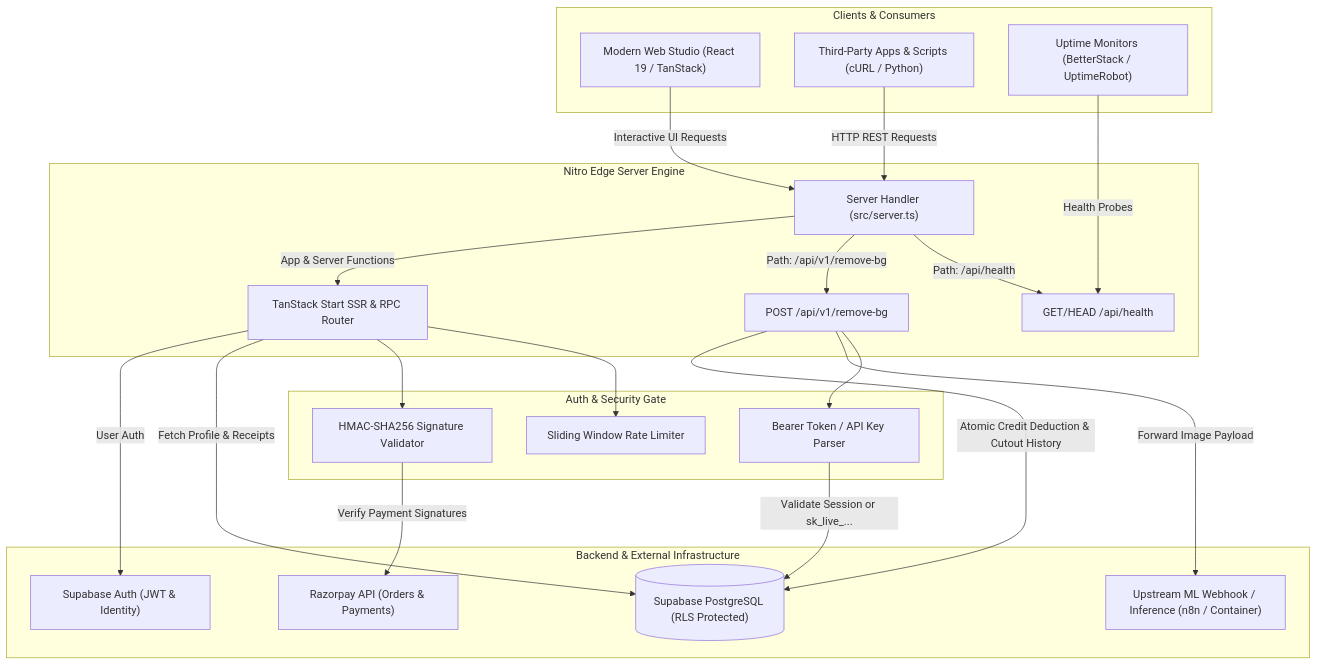
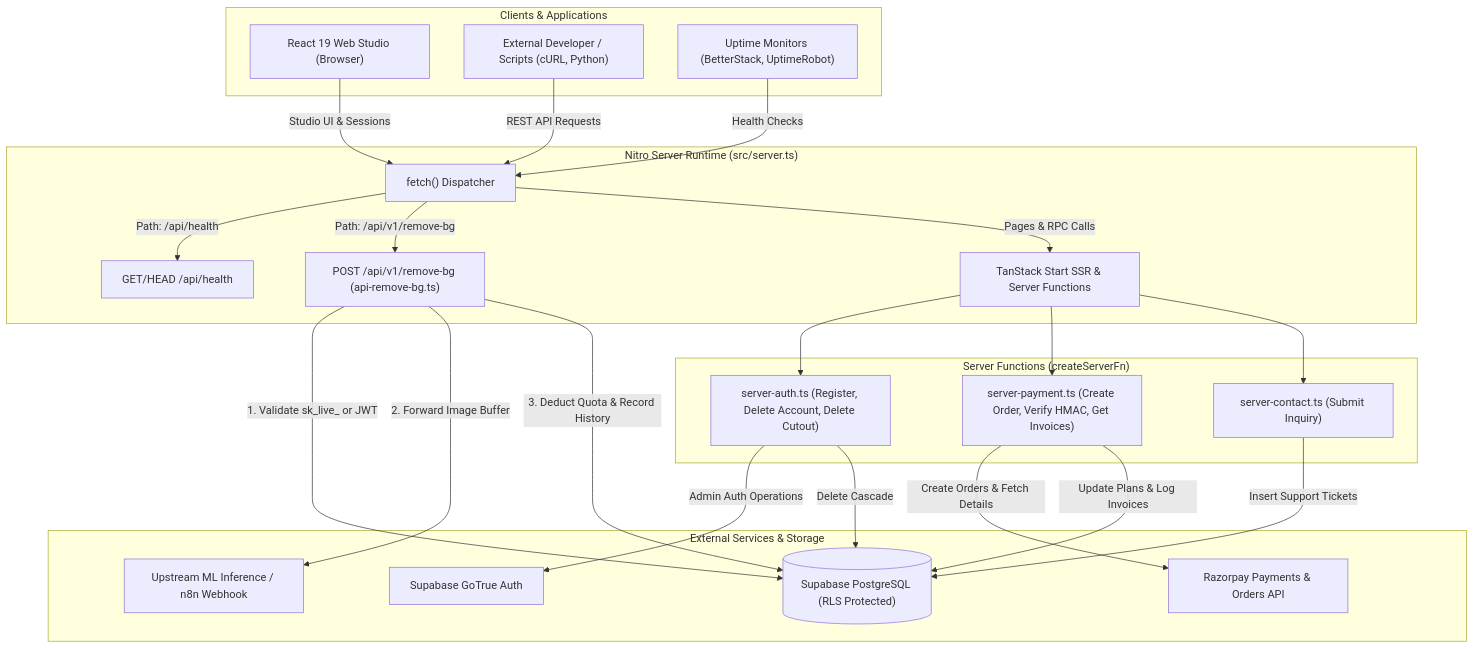
One commit to still-trying/Sn_apKut-AI changed the first of 5 diagrams in README.md. Above: the diagram before and after it, drawn with Mermaid. The commit also changed other lines of this file, not shown here.

Commit message:
docs: make README 100% genuine with verified pricing, architecture and real codebase schemas

````diff
--- a/README.md
+++ b/README.md
@@ -71,47 +79,50 @@
 ```mermaid
 graph TD
-    subgraph Clients["Clients & Consumers"]
-        Browser["Modern Web Studio (React 19 / TanStack)"]
-        ExternalAPI["Third-Party Apps & Scripts (cURL / Python)"]
-        UptimeBot["Uptime Monitors (BetterStack / UptimeRobot)"]
+    subgraph Clients["Clients & Applications"]
+        Browser["React 19 Web Studio (Browser)"]
+        DevClient["External Developer / Scripts (cURL, Python)"]
+        Monitor["Uptime Monitors (BetterStack, UptimeRobot)"]
     end
 
-    subgraph EdgeLayer["Nitro Edge Server Engine"]
-        ServerEntry["Server Handler (src/server.ts)"]
-        HealthRoute["GET/HEAD /api/health"]
-        ApiRemoveBg["POST /api/v1/remove-bg"]
-        SSRHandler["TanStack Start SSR & RPC Router"]
+    subgraph NitroEdge["Nitro Server Runtime (src/server.ts)"]
+        ServerFetch["fetch() Dispatcher"]
+        HealthHandler["GET/HEAD /api/health"]
+        ApiHandler["POST /api/v1/remove-bg (api-remove-bg.ts)"]
+        SSRHandler["TanStack Start SSR & Server Functions"]
     end
 
-    subgraph SecurityAuth["Auth & Security Gate"]
-        TokenParser["Bearer Token / API Key Parser"]
-        RateLimiter["Sliding Window Rate Limiter"]
-        HmacVerifier["HMAC-SHA256 Signature Validator"]
+    subgraph ServerFunctions["Server Functions (createServerFn)"]
+        AuthFn["server-auth.ts (Register, Delete Account, Delete Cutout)"]
+        PaymentFn["server-payment.ts (Create Order, Verify HMAC, Get Invoices)"]
+        ContactFn["server-contact.ts (Submit Inquiry)"]
     end
 
-    subgraph UpstreamServices["Backend & External Infrastructure"]
-        SupabaseAuth["Supabase Auth (JWT & Identity)"]
+    subgraph ExternalBackends["External Services & Storage"]
+        SupabaseAuth["Supabase GoTrue Auth"]
         SupabaseDB[("Supabase PostgreSQL (RLS Protected)")]
-        MLInference["Upstream ML Webhook / Inference (n8n / Container)"]
-        RazorpayGateway["Razorpay API (Orders & Payments)"]
+        MLWebhook["Upstream ML Inference / n8n Webhook"]
+        RazorpayAPI["Razorpay Payments & Orders API"]
     end
 
-    Browser -->|Interactive UI Requests| ServerEntry
-    ExternalAPI -->|HTTP REST Requests| ServerEntry
-    UptimeBot -->|Health Probes| HealthRoute
+    Browser -->|Studio UI & Sessions| ServerFetch
+    DevClient -->|REST API Requests| ServerFetch
+    Monitor -->|Health Checks| ServerFetch
 
-    ServerEntry -->|Path: /api/health| HealthRoute
-    ServerEntry -->|Path: /api/v1/remove-bg| ApiRemoveBg
-    ServerEntry -->|App & Server Functions| SSRHandler
+    ServerFetch -->|Path: /api/health| HealthHandler
+    ServerFetch -->|Path: /api/v1/remove-bg| ApiHandler
+    ServerFetch -->|Pages & RPC Calls| SSRHandler
 
-    ApiRemoveBg --> TokenParser
-    SSRHandler --> RateLimiter
-    SSRHandler --> HmacVerifier
+    SSRHandler --> AuthFn
+    SSRHandler --> PaymentFn
+    SSRHandler --> ContactFn
 
-    TokenParser -->|Validate Session or sk_live_...| SupabaseDB
-    ApiRemoveBg -->|Forward Image Payload| MLInference
-    ApiRemoveBg -->|Atomic Credit Deduction & Cutout History| SupabaseDB
-    HmacVerifier -->|Verify Payment Signatures| RazorpayGateway
-    SSRHandler -->|Fetch Profile & Receipts| SupabaseDB
-    SSRHandler -->|User Auth| SupabaseAuth
+    ApiHandler -->|1. Validate sk_live_ or JWT| SupabaseDB
+    ApiHandler -->|2. Forward Image Buffer| MLWebhook
+    ApiHandler -->|3. Deduct Quota & Record History| SupabaseDB
+
+    AuthFn -->|Admin Auth Operations| SupabaseAuth
+    AuthFn -->|Delete Cascade| SupabaseDB
+    PaymentFn -->|Create Orders & Fetch Details| RazorpayAPI
+    PaymentFn -->|Update Plans & Log Invoices| SupabaseDB
+    ContactFn -->|Insert Support Tickets| SupabaseDB
 ```
````
